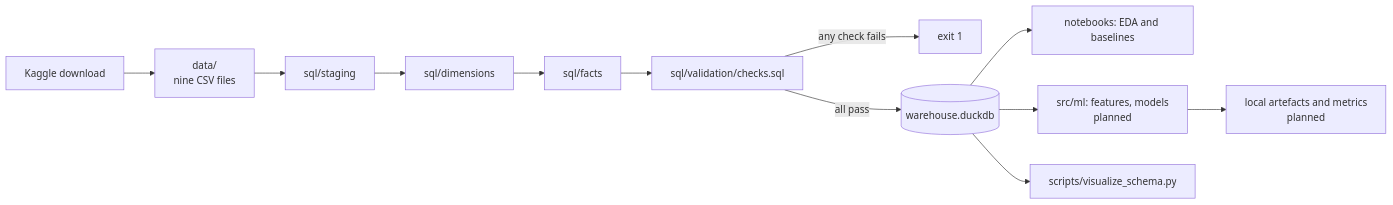
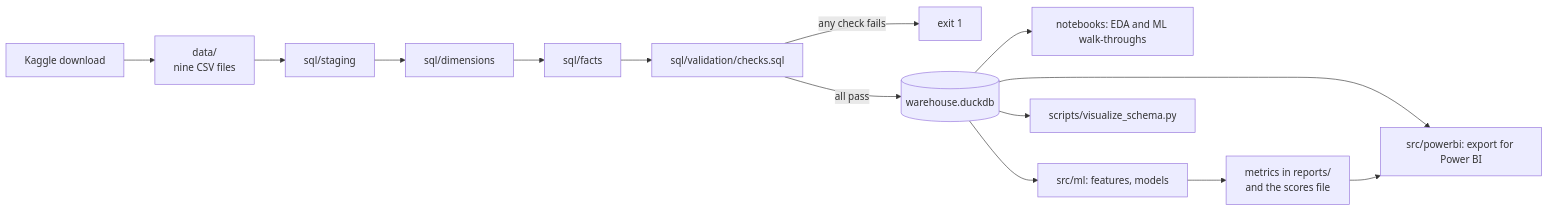
Before and after one commit to garcane/GCP: the diagram in ARCHITECTURE.md, drawn with Mermaid. The commit also changed other lines of this file and 13 other files, not shown here.

First line of the commit message:
Add data architecture diagram and local-to-cloud migration guide (DD-17)

````diff
--- a/ARCHITECTURE.md
+++ b/ARCHITECTURE.md
@@ -24,14 +26,16 @@
 ```mermaid
 flowchart LR
     K[Kaggle download] --> D[data/<br/>nine CSV files]
     D --> S[sql/staging]
     S --> DIM[sql/dimensions]
     DIM --> F[sql/facts]
     F --> V[sql/validation/checks.sql]
     V -- any check fails --> X[exit 1]
     V -- all pass --> W[(warehouse.duckdb)]
-    W --> N[notebooks: EDA and baselines]
-    W --> M[src/ml: features, models<br/>planned]
-    M --> A[local artefacts and metrics<br/>planned]
+    W --> N[notebooks: EDA and ML walk-throughs]
+    W --> M[src/ml: features, models]
+    M --> A[metrics in reports/<br/>and the scores file]
+    W --> PB[src/powerbi: export for Power BI]
+    A --> PB
     W --> P[scripts/visualize_schema.py]
 ```
````
